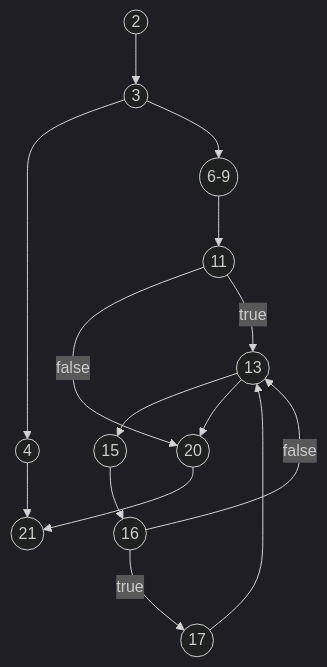
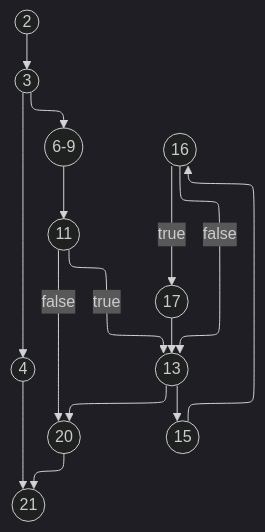
The first of 2 diagrams in Presentation3.md (patrikvalentiny/SoftwareQualityF2025), drawn with Mermaid (dark theme) before and after one commit. The commit also changed other lines of this file, not shown here.

Commit message:
Refactor flowcharts in Presentation3.md to improve clarity and layout

````diff
--- a/Presentation3.md
+++ b/Presentation3.md
@@ -29,17 +29,20 @@
 ```mermaid
-graph TD
-    2((2)) --> 3((3))
-    3((3)) --> 4((4))
-    3((3)) --> 6((6))
-    4((4)) --> 21((21))
-    6((6-9)) --> 11((11))
-    11((11)) -- false --> 20((20))
-    11((11)) -- true --> 13((13))
-    13((13)) --> 15((15))
-    15((15)) --> 16((16))
-    16((16)) -- true --> 17((17))
-    16((16)) -- false --> 13((13))
-    17((17)) --> 13((13))
-    13((13)) --> 20((20))
-    20((20)) --> 21((21))
+---
+config:
+  layout: elk
+---
+flowchart TB
+    2(("2")) --> 3(("3"))
+    3 --> 4(("4")) & 6(("6-9"))
+    4 --> 21(("21"))
+    6 --> 11(("11"))
+    11 -- false --> 20(("20"))
+    11 -- true --> 13(("13"))
+    13 --> 15(("15")) & 20
+    15 --> 16(("16"))
+    16 -- true --> 17(("17"))
+    16 -- false --> 13
+    17 --> 13
+    20 --> 21
+
 ```
````
